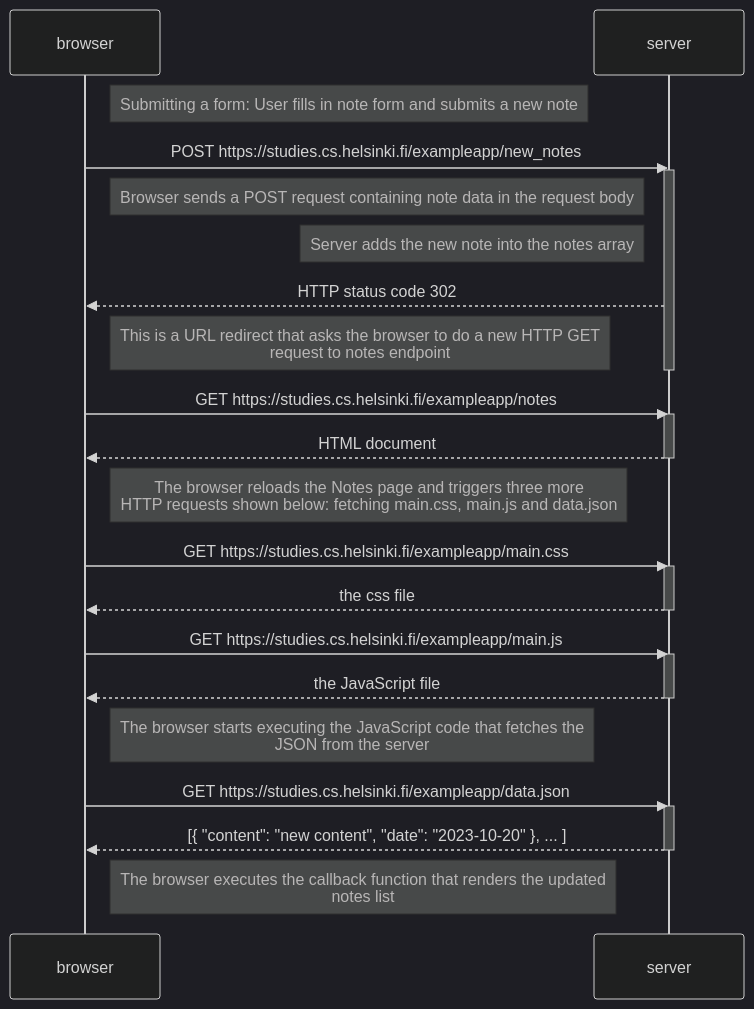
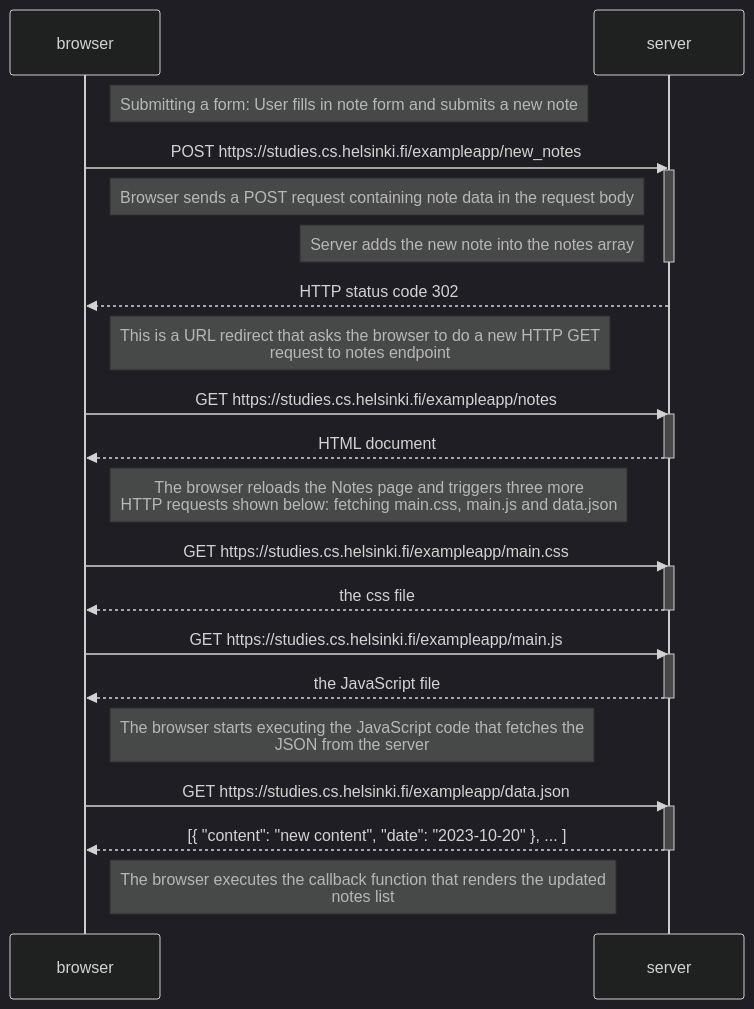
One commit to preetisharma0123/fullstackopen changed the diagram in part0/0.4_new_note.md. Above: the diagram before and after it, drawn with Mermaid (dark theme). The commit also changed 1 other file, not shown here.

Commit message:
Corrections

````diff
--- a/part0/0.4_new_note.md
+++ b/part0/0.4_new_note.md
@@ -3,43 +3,44 @@
 ```mermaid
 sequenceDiagram
     participant browser
     participant server
 
     Note right of browser: Submitting a form: User fills in note form and submits a new note
 
     browser->>server: POST https://studies.cs.helsinki.fi/exampleapp/new_notes 
     activate server
     
     Note right of browser: Browser sends a POST request containing note data in the request body
 
     Note left of server: Server adds the new note into the notes array
-     
+    deactivate server
+    
     server-->>browser: HTTP status code 302
     Note right of browser: This is a URL redirect that asks the browser to do a new HTTP GET <br/>request to notes endpoint
-    deactivate server
+    
 
     browser->>server: GET https://studies.cs.helsinki.fi/exampleapp/notes
     activate server
     server-->>browser: HTML document
     deactivate server 
 
     Note right of browser: The browser reloads the Notes page and triggers three more <br/>HTTP requests shown below: fetching main.css, main.js and data.json
 
     browser->>server: GET https://studies.cs.helsinki.fi/exampleapp/main.css
     activate server
     server-->>browser: the css file
     deactivate server
 
     browser->>server: GET https://studies.cs.helsinki.fi/exampleapp/main.js
     activate server
     server-->>browser: the JavaScript file
     deactivate server
 
     Note right of browser: The browser starts executing the JavaScript code that fetches the <br/>JSON from the server
 
     browser->>server: GET https://studies.cs.helsinki.fi/exampleapp/data.json
     activate server
     server-->>browser: [{ "content": "new content", "date": "2023-10-20" }, ... ]
     deactivate server
     Note right of browser: The browser executes the callback function that renders the updated <br/>notes list
 ```
````
